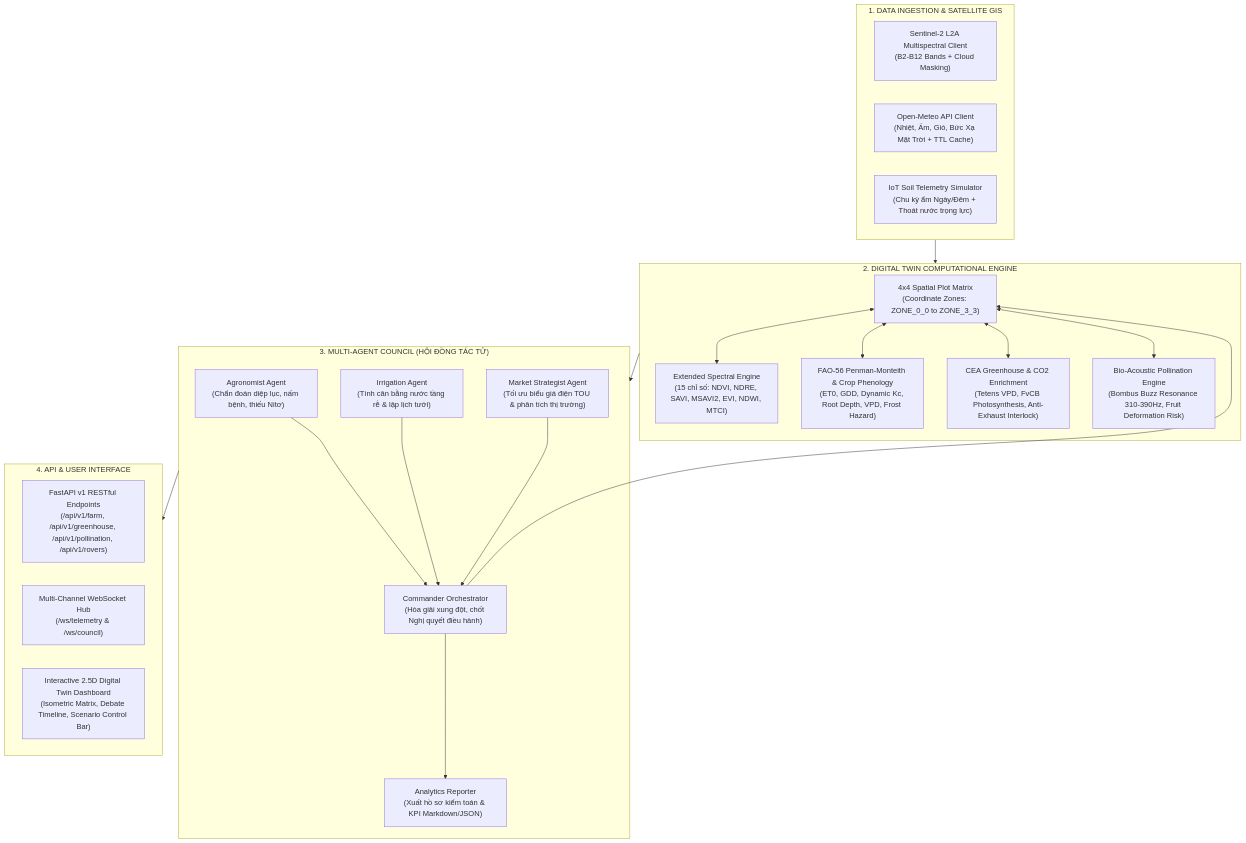
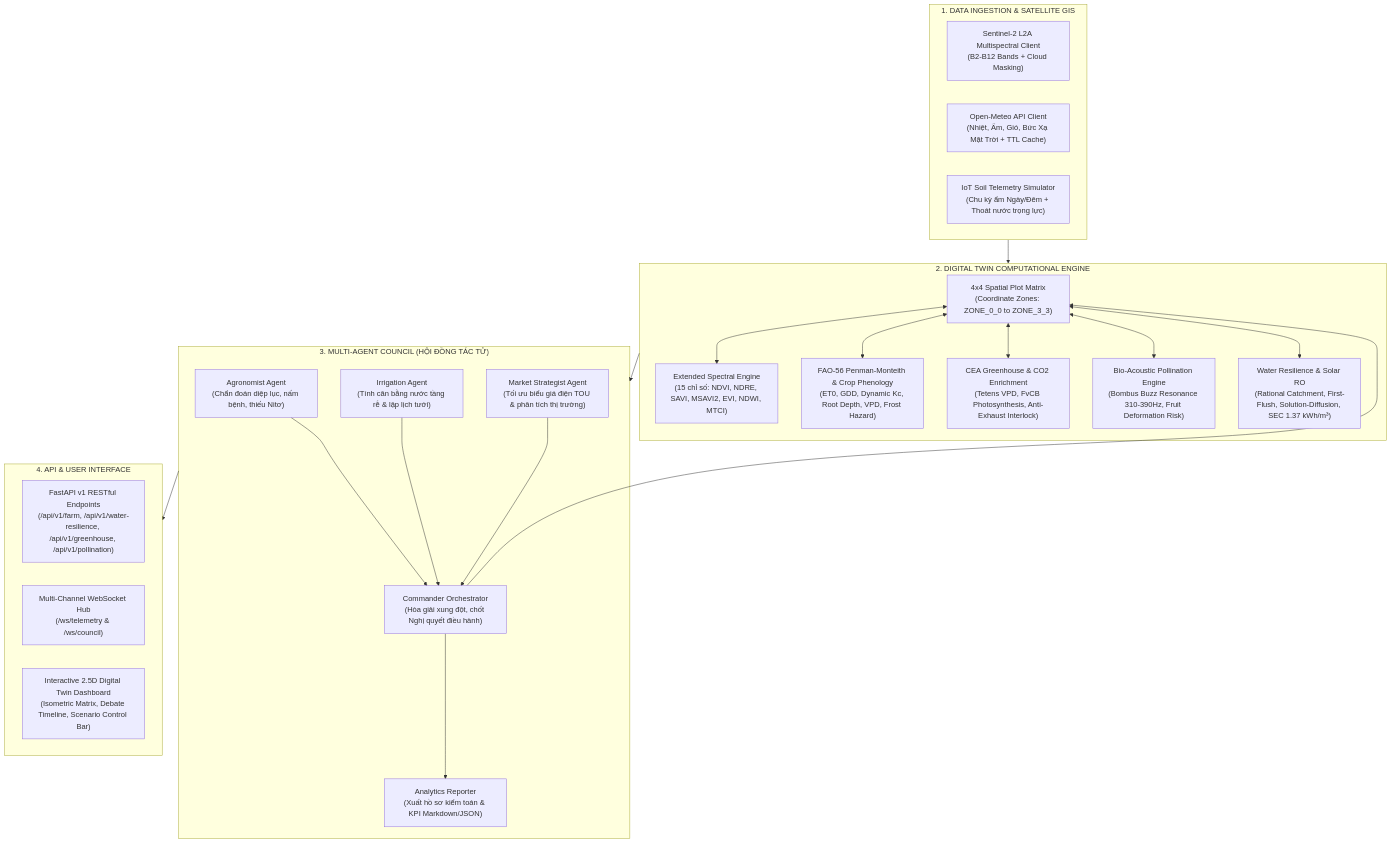
Before and after one commit to BaoNguyenz/farm_com: the diagram in README.md, drawn with Mermaid. The commit also changed other lines of this file and 2 other files, not shown here.

Commit message:
docs(roadmap): document Phase 18 Rainwater Harvesting & Solar Desalination milestones and update README.md

````diff
--- a/README.md
+++ b/README.md
@@ -16,44 +16,46 @@
 ```mermaid
 flowchart TB
     subgraph DataLayer ["1. DATA INGESTION & SATELLITE GIS"]
         S2["Sentinel-2 L2A Multispectral Client\n(B2-B12 Bands + Cloud Masking)"]
         Weather["Open-Meteo API Client\n(Nhiệt, Ẩm, Gió, Bức Xạ Mặt Trời + TTL Cache)"]
         Sensors["IoT Soil Telemetry Simulator\n(Chu kỳ ẩm Ngày/Đêm + Thoát nước trọng lực)"]
     end
 
     subgraph TwinEngine ["2. DIGITAL TWIN COMPUTATIONAL ENGINE"]
         Grid["4x4 Spatial Plot Matrix\n(Coordinate Zones: ZONE_0_0 to ZONE_3_3)"]
         SpectralEngine["Extended Spectral Engine\n(15 chỉ số: NDVI, NDRE, SAVI, MSAVI2, EVI, NDWI, MTCI)"]
         BioModel["FAO-56 Penman-Monteith & Crop Phenology\n(ET0, GDD, Dynamic Kc, Root Depth, VPD, Frost Hazard)"]
         CEA["CEA Greenhouse & CO2 Enrichment\n(Tetens VPD, FvCB Photosynthesis, Anti-Exhaust Interlock)"]
         Pollination["Bio-Acoustic Pollination Engine\n(Bombus Buzz Resonance 310-390Hz, Fruit Deformation Risk)"]
+        WaterResilience["Water Resilience & Solar RO\n(Rational Catchment, First-Flush, Solution-Diffusion, SEC 1.37 kWh/m³)"]
         Grid <--> BioModel
         Grid <--> SpectralEngine
         Grid <--> CEA
         Grid <--> Pollination
+        Grid <--> WaterResilience
     end
 
     subgraph AgentSwarm ["3. MULTI-AGENT COUNCIL (HỘI ĐỒNG TÁC TỬ)"]
         Doctor["Agronomist Agent\n(Chẩn đoán diệp lục, nấm bệnh, thiếu Nitơ)"]
         Irrigator["Irrigation Agent\n(Tính cân bằng nước tầng rễ & lập lịch tưới)"]
         Trader["Market Strategist Agent\n(Tối ưu biểu giá điện TOU & phân tích thị trường)"]
         Commander["Commander Orchestrator\n(Hòa giải xung đột, chốt Nghị quyết điều hành)"]
         Reporter["Analytics Reporter\n(Xuất hồ sơ kiểm toán & KPI Markdown/JSON)"]
         
         Doctor --> Commander
         Irrigator --> Commander
         Trader --> Commander
         Commander --> Reporter
         Commander --> Grid
     end
 
     subgraph DeliveryLayer ["4. API & USER INTERFACE"]
-        FastAPI_App["FastAPI v1 RESTful Endpoints\n(/api/v1/farm, /api/v1/greenhouse, /api/v1/pollination, /api/v1/rovers)"]
+        FastAPI_App["FastAPI v1 RESTful Endpoints\n(/api/v1/farm, /api/v1/water-resilience, /api/v1/greenhouse, /api/v1/pollination)"]
         WebSockets["Multi-Channel WebSocket Hub\n(/ws/telemetry & /ws/council)"]
         UI["Interactive 2.5D Digital Twin Dashboard\n(Isometric Matrix, Debate Timeline, Scenario Control Bar)"]
     end
 
     DataLayer --> TwinEngine
     TwinEngine --> AgentSwarm
     AgentSwarm --> DeliveryLayer
 ```
````
